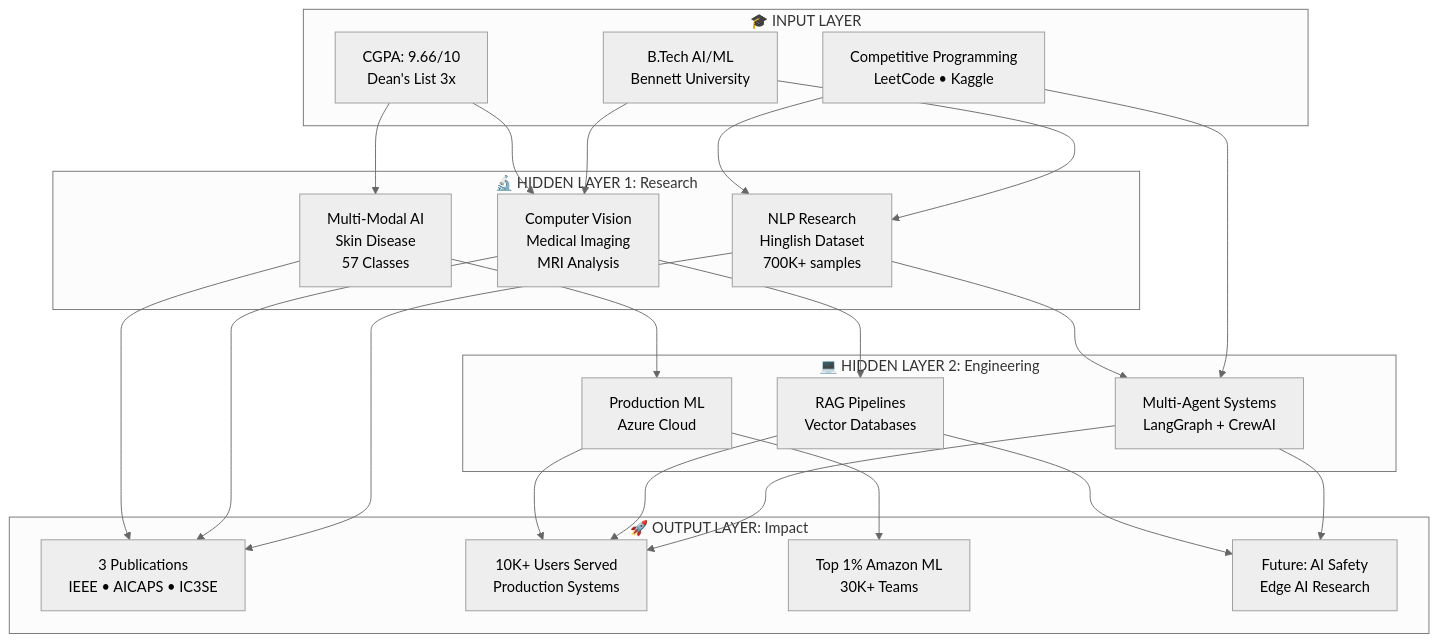
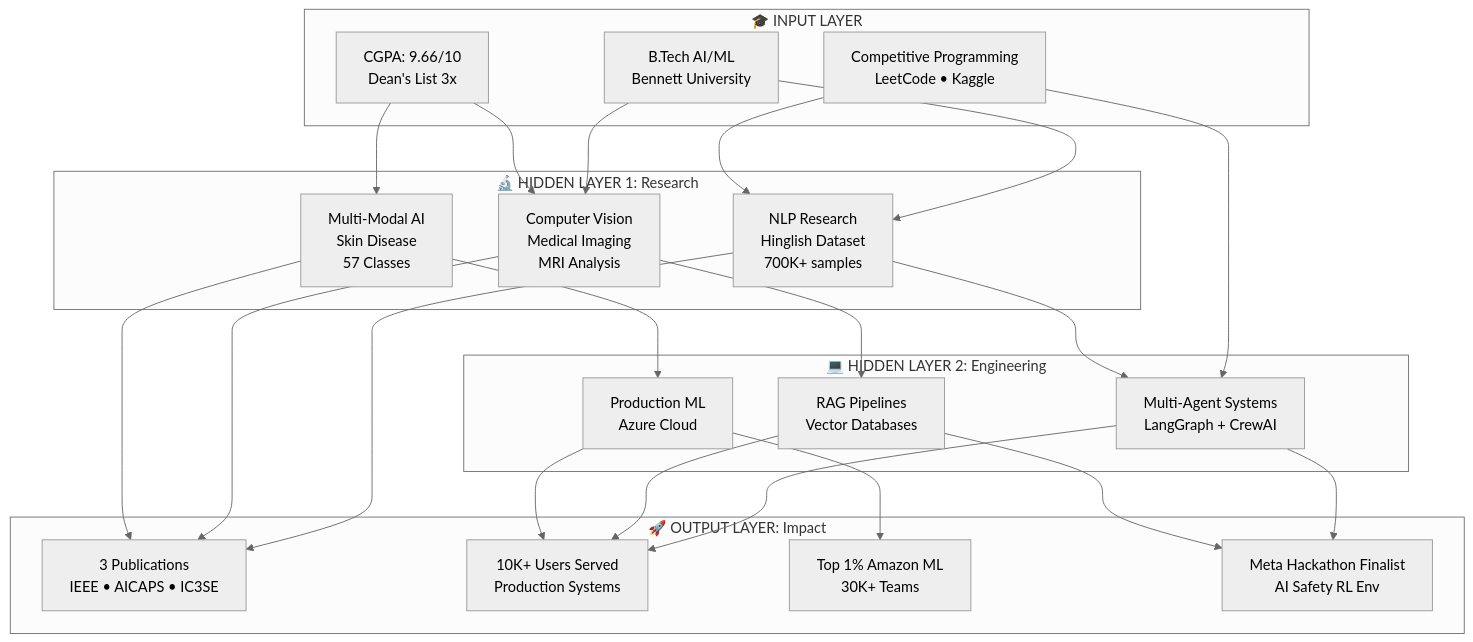
Before and after one commit to sidd707/sidd707: the first of 2 diagrams in README.md, drawn with Mermaid (neutral theme). The commit also changed other lines of this file, not shown here.

Commit message:
Enhance README.md with Meta OpenEnv Hackathon finalist details and update achievements section. Replace typing SVG with new accomplishments and add project description for SafeAct-Env RL environment.

````diff
--- a/README.md
+++ b/README.md
@@ -69,39 +106,39 @@
 ```mermaid
 graph TB
     subgraph Input["🎓 INPUT LAYER"]
         A1[B.Tech AI/ML<br/>Bennett University]
         A2[CGPA: 9.66/10<br/>Dean's List 3x]
         A3[Competitive Programming<br/>LeetCode • Kaggle]
     end
 
     subgraph Hidden1["🔬 HIDDEN LAYER 1: Research"]
         B1[NLP Research<br/>Hinglish Dataset<br/>700K+ samples]
         B2[Computer Vision<br/>Medical Imaging<br/>MRI Analysis]
         B3[Multi-Modal AI<br/>Skin Disease<br/>57 Classes]
     end
 
     subgraph Hidden2["💻 HIDDEN LAYER 2: Engineering"]
         C1[Multi-Agent Systems<br/>LangGraph + CrewAI]
         C2[RAG Pipelines<br/>Vector Databases]
         C3[Production ML<br/>Azure Cloud]
     end
 
     subgraph Output["🚀 OUTPUT LAYER: Impact"]
         D1[3 Publications<br/>IEEE • AICAPS • IC3SE]
         D2[10K+ Users Served<br/>Production Systems]
         D3[Top 1% Amazon ML<br/>30K+ Teams]
-        D4[Future: AI Safety<br/>Edge AI Research]
+        D4[Meta Hackathon Finalist<br/>AI Safety RL Env]
     end
 
     A1 --> B1 & B2
     A2 --> B2 & B3
     A3 --> B1 & C1
 
     B1 --> C1 & D1
     B2 --> C2 & D1
     B3 --> C3 & D1
 
     C1 --> D2 & D4
     C2 --> D2 & D4
     C3 --> D2 & D3
 ```
````
